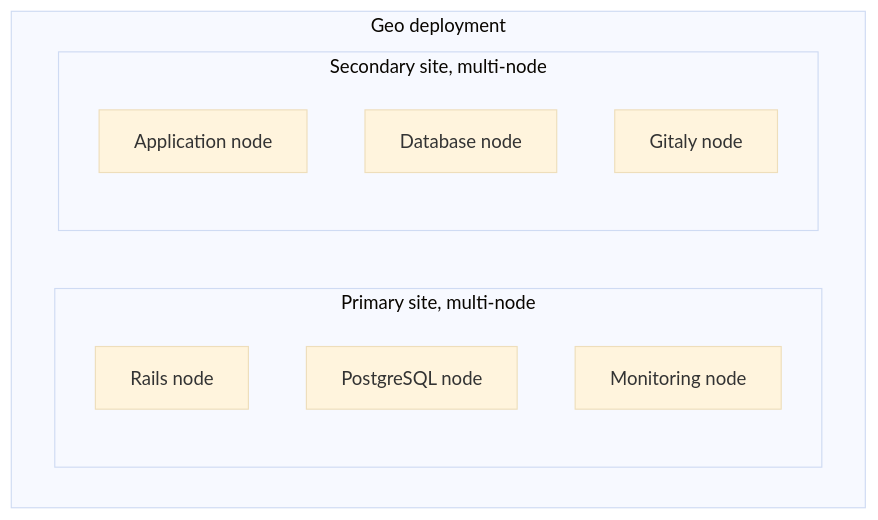
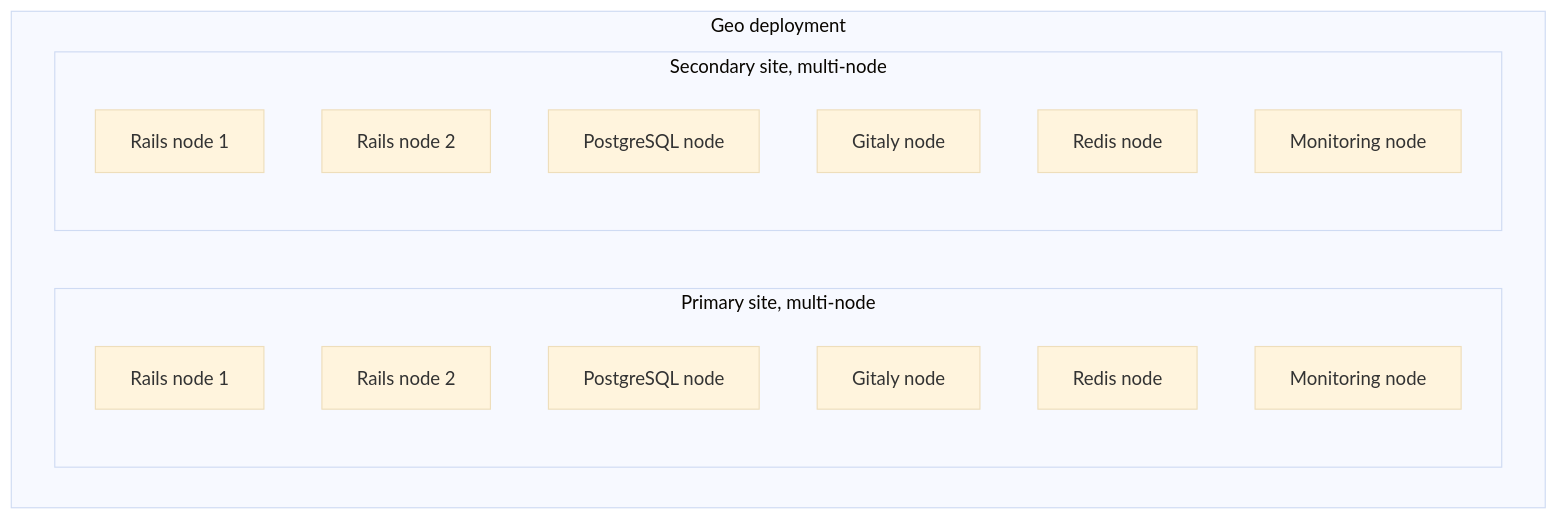
Before and after one commit to mehulagg/gitlab: the diagram in doc/administration/geo/disaster_recovery/runbooks/planned_failover_runbook_2.md, drawn with Mermaid (base theme). The commit also changed other lines of this file, not shown here.

Commit message:
fixup! Created multi-node runbook

````diff
--- a/doc/administration/geo/disaster_recovery/runbooks/planned_failover_runbook_2.md
+++ b/doc/administration/geo/disaster_recovery/runbooks/planned_failover_runbook_2.md
@@ -25,17 +25,21 @@
 ```mermaid
 graph TD
    subgraph main[Geo deployment]
       subgraph Primary[Primary site, multi-node]
-         Node_1[Rails node]
-         Node_2[PostgreSQL node]
-         Node_3[Gitaly node]
-         Node_3[Redis node]
-         Node_3[Monitoring node]
+         Node_1[Rails node 1]
+         Node_2[Rails node 2]
+         Node_3[PostgreSQL node]
+         Node_4[Gitaly node]
+         Node_5[Redis node]
+         Node_6[Monitoring node]
       end
       subgraph Secondary[Secondary site, multi-node]
-         Node_4[Application node]
-         Node_5[Database node]
-         Node_6[Gitaly node]
+         Node_7[Rails node 1]
+         Node_8[Rails node 2]
+         Node_9[PostgreSQL node]
+         Node_10[Gitaly node]
+         Node_11[Redis node]
+         Node_12[Monitoring node]
       end
    end
 ```
````
